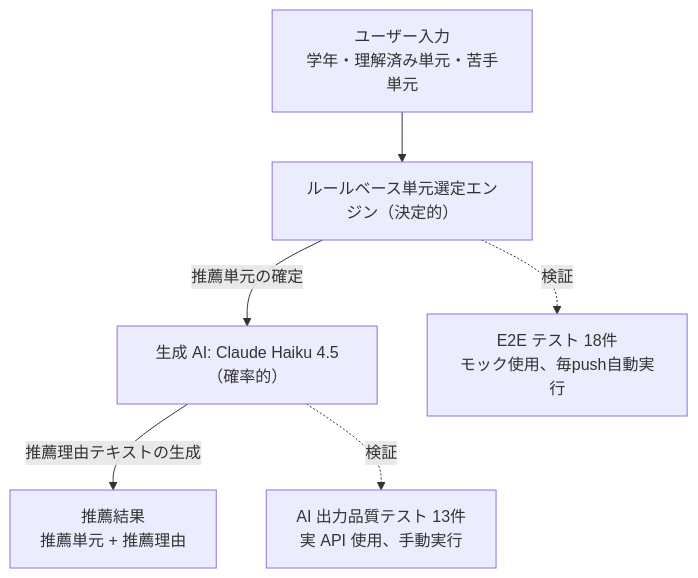
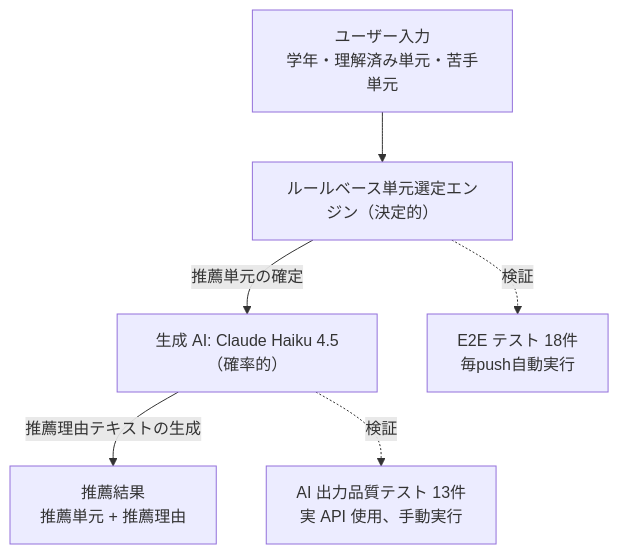
The diagram in README.md (nani9ashi/qa-portfolio-ai-recommender), drawn with Mermaid before and after one commit. The commit also changed other lines of this file, not shown here.

````diff
--- a/README.md
+++ b/README.md
@@ -100,17 +100,17 @@
 ```mermaid
 flowchart TD
     Input["ユーザー入力<br/>学年・理解済み単元・苦手単元"]
     Rule["ルールベース単元選定エンジン（決定的）"]
     AI["生成 AI: Claude Haiku 4.5（確率的）"]
     Output["推薦結果<br/>推薦単元 + 推薦理由"]
 
     Input --> Rule
     Rule -->|推薦単元の確定| AI
     AI -->|推薦理由テキストの生成| Output
 
-    E2E["E2E テスト 18件<br/>モック使用、毎push自動実行"]
+    E2E["E2E テスト 18件<br/>毎push自動実行"]
     AIQuality["AI 出力品質テスト 13件<br/>実 API 使用、手動実行"]
 
     Rule -.検証.-> E2E
     AI -.検証.-> AIQuality
 ```
````
